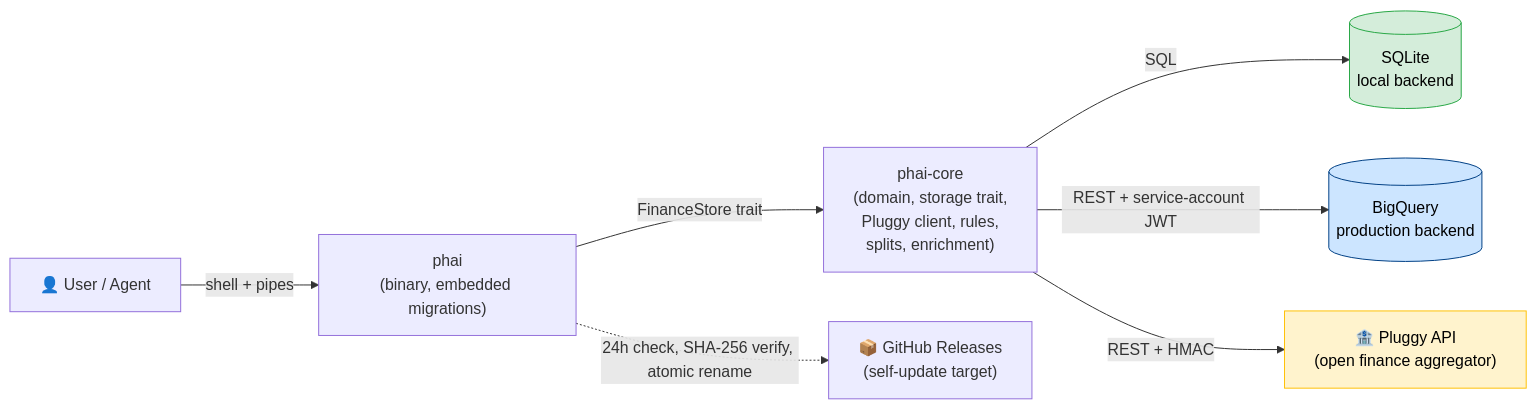
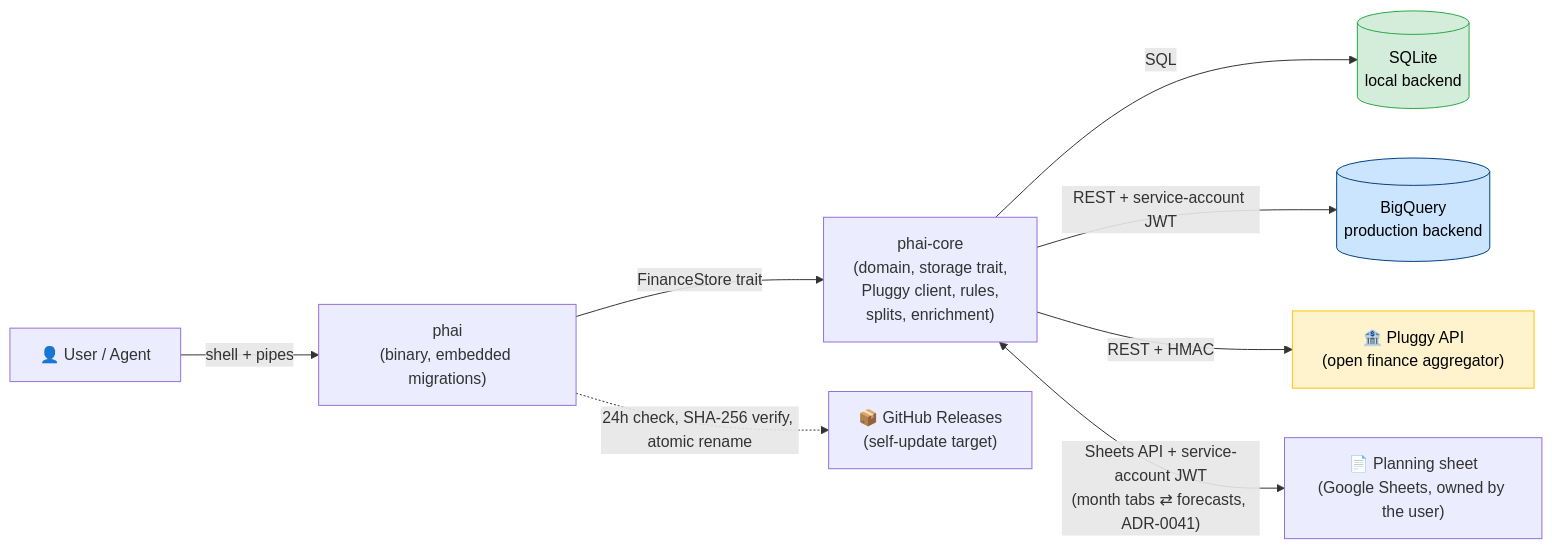
The first of 3 diagrams in docs/ARCHITECTURE.md (feliperun/phai), drawn with Mermaid before and after one commit. The commit also changed other lines of this file and 10 other files, not shown here.

````diff
--- a/docs/ARCHITECTURE.md
+++ b/docs/ARCHITECTURE.md
@@ -49,21 +49,23 @@
 ```mermaid
 flowchart LR
     User["👤 User / Agent"]
     CLI["phai\n(binary, embedded migrations)"]
     Core["phai-core\n(domain, storage trait,\nPluggy client, rules,\nsplits, enrichment)"]
     SQLite[("SQLite\nlocal backend")]
     BQ[("BigQuery\nproduction backend")]
     Pluggy["🏦 Pluggy API\n(open finance aggregator)"]
     Releases["📦 GitHub Releases\n(self-update target)"]
+    Sheet["📄 Planning sheet\n(Google Sheets, owned by the user)"]
 
     User -->|"shell + pipes"| CLI
     CLI -->|"FinanceStore trait"| Core
     Core -->|"SQL"| SQLite
     Core -->|"REST + service-account JWT"| BQ
     Core -->|"REST + HMAC"| Pluggy
     CLI -.->|"24h check, SHA-256 verify, atomic rename"| Releases
+    Core <-->|"Sheets API + service-account JWT\n(month tabs ⇄ forecasts, ADR-0041)"| Sheet
 
     style SQLite fill:#d4edda,stroke:#28a745,color:#000
     style BQ fill:#cce5ff,stroke:#004085,color:#000
     style Pluggy fill:#fff3cd,stroke:#ffc107,color:#000
 ```
````
